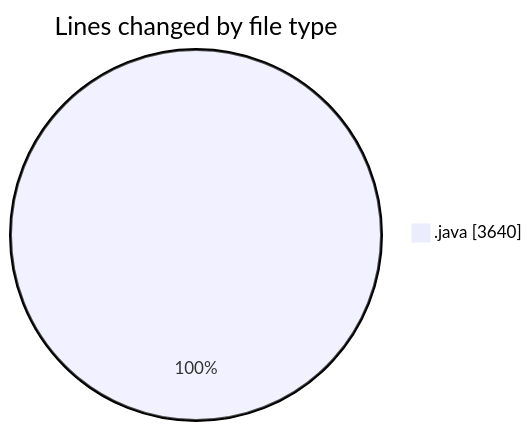
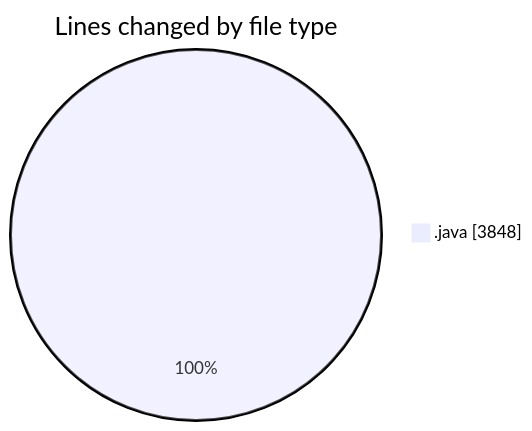
Before and after one commit to ricardozamudiocil/code-tracking: the first of 2 diagrams in 2026-09-01/cilapp/README.md, drawn with Mermaid. The commit also changed other lines of this file and 1 other file, not shown here.

````diff
--- a/2026-09-01/cilapp/README.md
+++ b/2026-09-01/cilapp/README.md
@@ -21,5 +23,5 @@
 ```mermaid
 pie showData
 title Lines changed by file type
-".java" : 3640
+".java" : 3848
 ```
````
